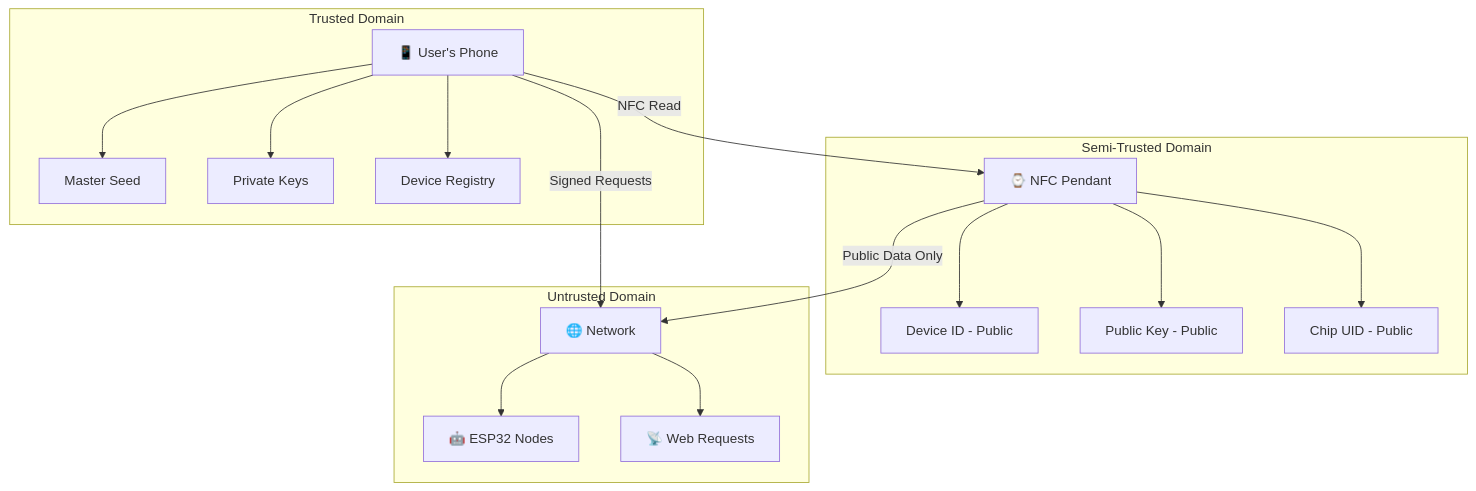
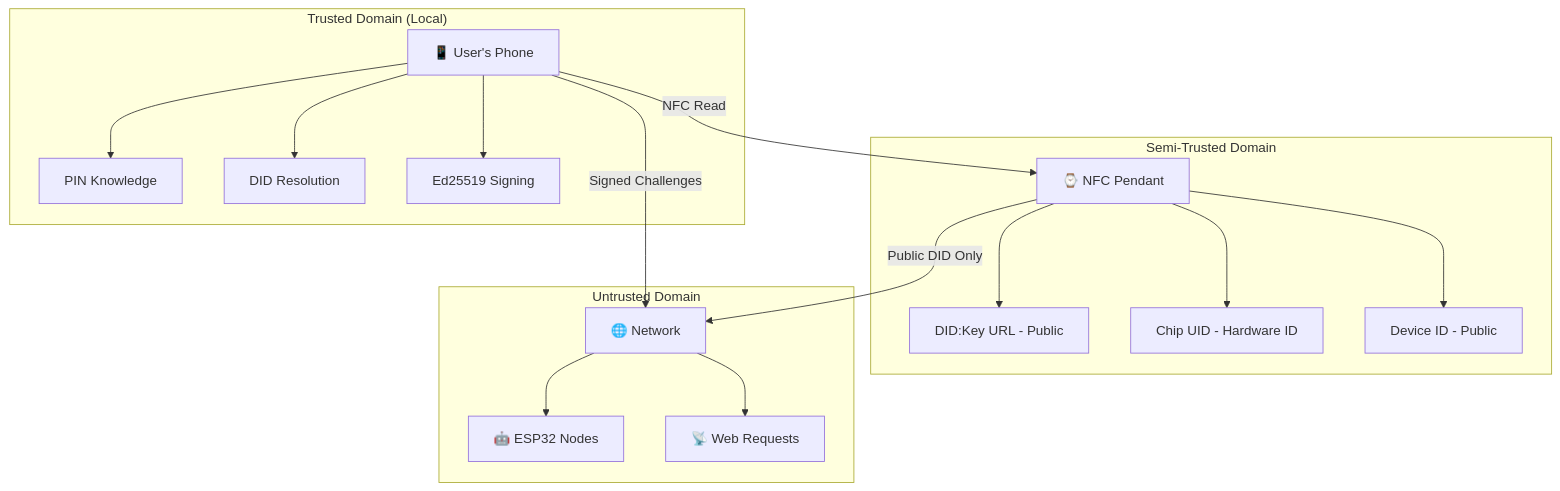
One commit to bradleycr/kairos-okr-roadmap changed the diagram in docs/SECURITY.md. Above: the diagram before and after it, drawn with Mermaid. The commit also changed other lines of this file and 35 other files, not shown here.

````diff
--- a/docs/SECURITY.md
+++ b/docs/SECURITY.md
@@ -93,34 +128,34 @@
 ```mermaid
 graph TB
-    subgraph "Trusted Domain"
+    subgraph "Trusted Domain (Local)"
         A[📱 User's Phone]
-        A1[Master Seed]
-        A2[Private Keys]
-        A3[Device Registry]
+        A1[PIN Knowledge]
+        A2[DID Resolution]
+        A3[Ed25519 Signing]
         A --> A1
         A --> A2
         A --> A3
     end
     
     subgraph "Semi-Trusted Domain"
         B[⌚ NFC Pendant]
-        B1[Device ID - Public]
-        B2[Public Key - Public]
-        B3[Chip UID - Public]
+        B1[DID:Key URL - Public]
+        B2[Chip UID - Hardware ID]
+        B3[Device ID - Public]
         B --> B1
         B --> B2
         B --> B3
     end
     
     subgraph "Untrusted Domain"
         C[🌐 Network]
         D[🤖 ESP32 Nodes]
         E[📡 Web Requests]
         C --> D
         C --> E
     end
     
     A -->|NFC Read| B
-    A -->|Signed Requests| C
-    B -->|Public Data Only| C
+    A -->|Signed Challenges| C
+    B -->|Public DID Only| C
 ```
````
